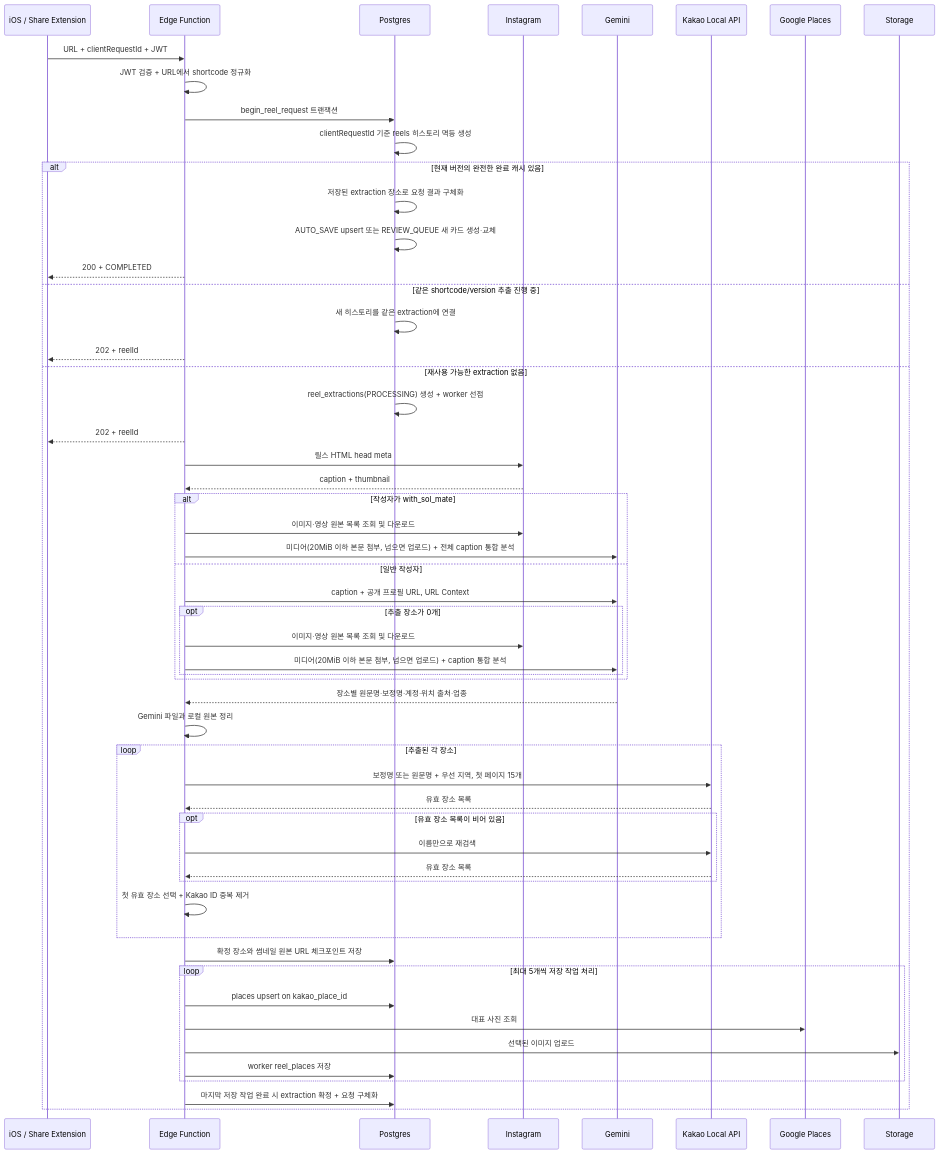
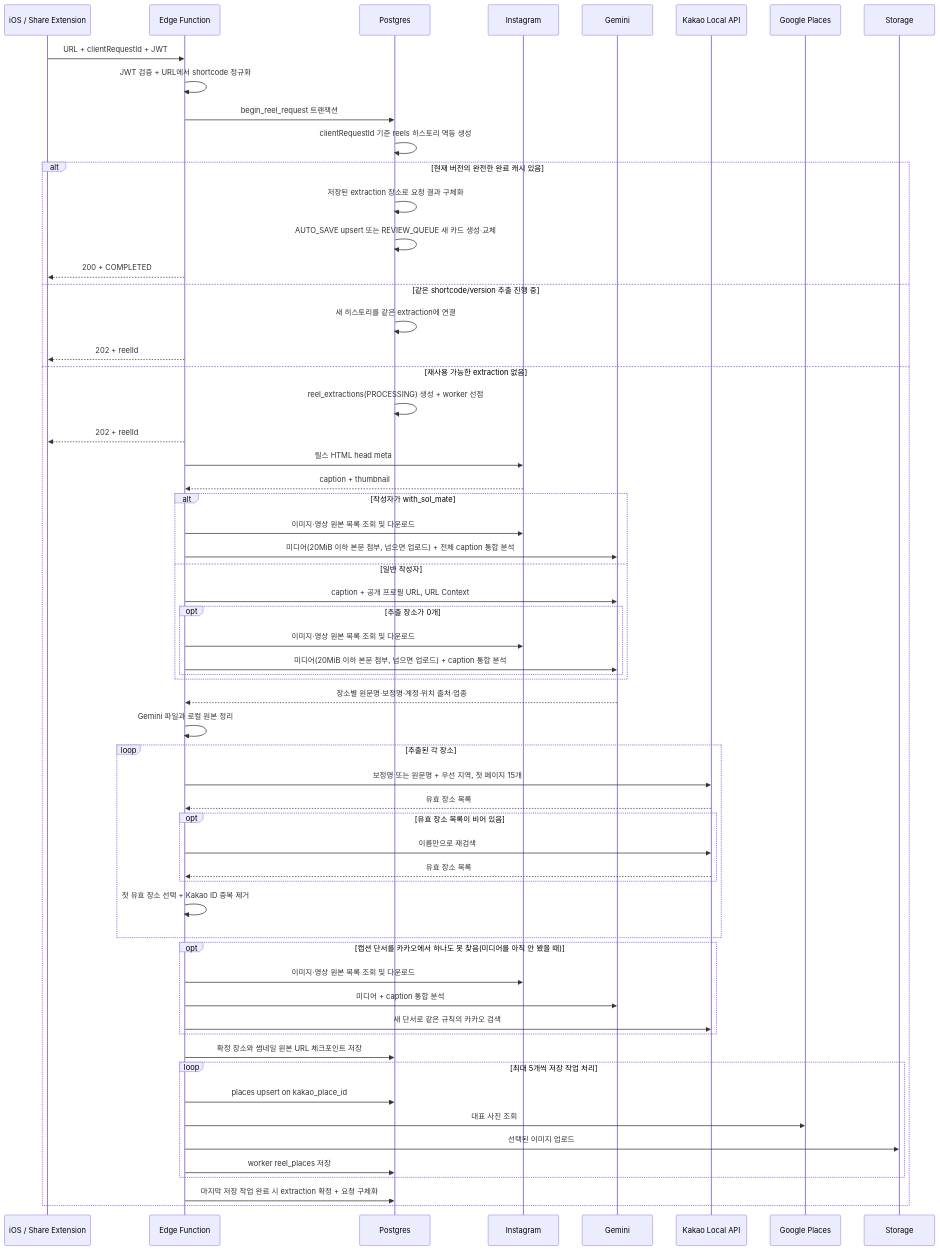
The diagram in docs/save-instagram-reel-flow.md (Jiihyun/yeogidam), drawn with Mermaid before and after one commit. The commit also changed other lines of this file and 5 other files, not shown here.

Commit message:
feat: 카카오에서 하나도 못 찾으면 영상과 사진을 다시 보고, 반경 검색에서 캡션 이름도 찾는다

````diff
--- a/docs/save-instagram-reel-flow.md
+++ b/docs/save-instagram-reel-flow.md
@@ -45,58 +45,63 @@
 ```mermaid
 sequenceDiagram
     participant U as iOS / Share Extension
     participant F as Edge Function
     participant D as Postgres
     participant I as Instagram
     participant AI as Gemini
     participant K as Kakao Local API
     participant G as Google Places
     participant S as Storage
 
     U->>F: URL + clientRequestId + JWT
     F->>F: JWT 검증 + URL에서 shortcode 정규화
     F->>D: begin_reel_request 트랜잭션
     D->>D: clientRequestId 기준 reels 히스토리 멱등 생성
     alt 현재 버전의 완전한 완료 캐시 있음
         D->>D: 저장된 extraction 장소로 요청 결과 구체화
         D->>D: AUTO_SAVE upsert 또는 REVIEW_QUEUE 새 카드 생성·교체
         F-->>U: 200 + COMPLETED
     else 같은 shortcode/version 추출 진행 중
         D->>D: 새 히스토리를 같은 extraction에 연결
         F-->>U: 202 + reelId
     else 재사용 가능한 extraction 없음
         D->>D: reel_extractions(PROCESSING) 생성 + worker 선점
         F-->>U: 202 + reelId
         F->>I: 릴스 HTML head meta
         I-->>F: caption + thumbnail
         alt 작성자가 with_sol_mate
             F->>I: 이미지·영상 원본 목록 조회 및 다운로드
             F->>AI: 미디어(20MiB 이하 본문 첨부, 넘으면 업로드) + 전체 caption 통합 분석
         else 일반 작성자
             F->>AI: caption + 공개 프로필 URL, URL Context
             opt 추출 장소가 0개
                 F->>I: 이미지·영상 원본 목록 조회 및 다운로드
                 F->>AI: 미디어(20MiB 이하 본문 첨부, 넘으면 업로드) + caption 통합 분석
             end
         end
         AI-->>F: 장소별 원문명·보정명·계정·위치 출처·업종
         F->>F: Gemini 파일과 로컬 원본 정리
         loop 추출된 각 장소
             F->>K: 보정명 또는 원문명 + 우선 지역, 첫 페이지 15개
             K-->>F: 유효 장소 목록
             opt 유효 장소 목록이 비어 있음
                 F->>K: 이름만으로 재검색
                 K-->>F: 유효 장소 목록
             end
             F->>F: 첫 유효 장소 선택 + Kakao ID 중복 제거
         end
+        opt 캡션 단서를 카카오에서 하나도 못 찾음(미디어를 아직 안 봤을 때)
+            F->>I: 이미지·영상 원본 목록 조회 및 다운로드
+            F->>AI: 미디어 + caption 통합 분석
+            F->>K: 새 단서로 같은 규칙의 카카오 검색
+        end
         F->>D: 확정 장소와 썸네일 원본 URL 체크포인트 저장
         loop 최대 5개씩 저장 작업 처리
             F->>D: places upsert on kakao_place_id
             F->>G: 대표 사진 조회
             F->>S: 선택된 이미지 업로드
             F->>D: worker reel_places 저장
         end
         F->>D: 마지막 저장 작업 완료 시 extraction 확정 + 요청 구체화
     end
 ```
````
